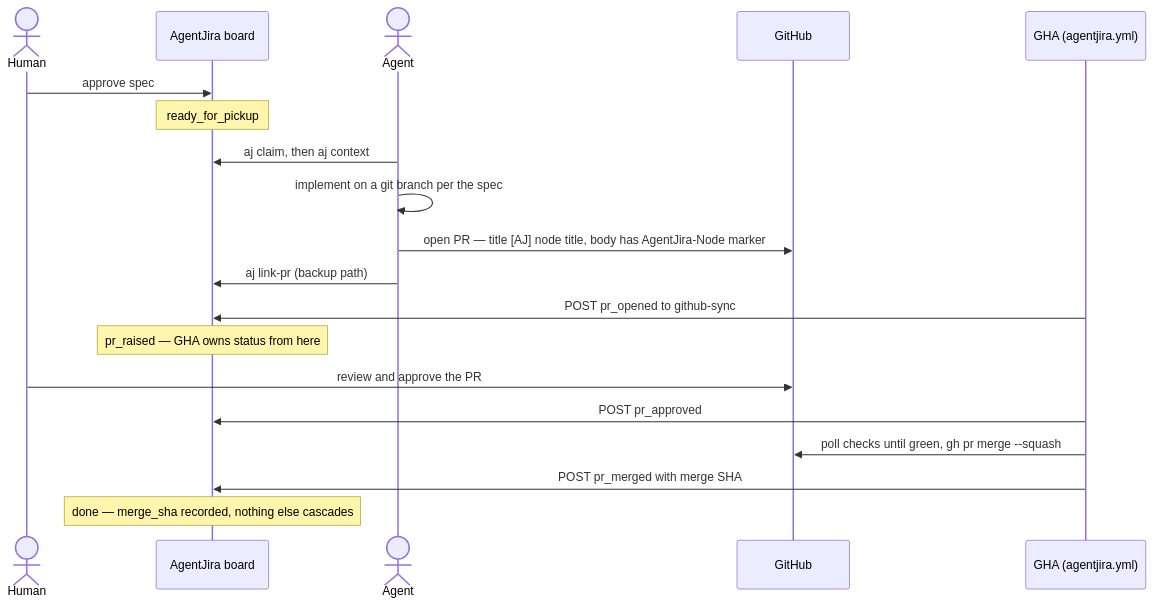
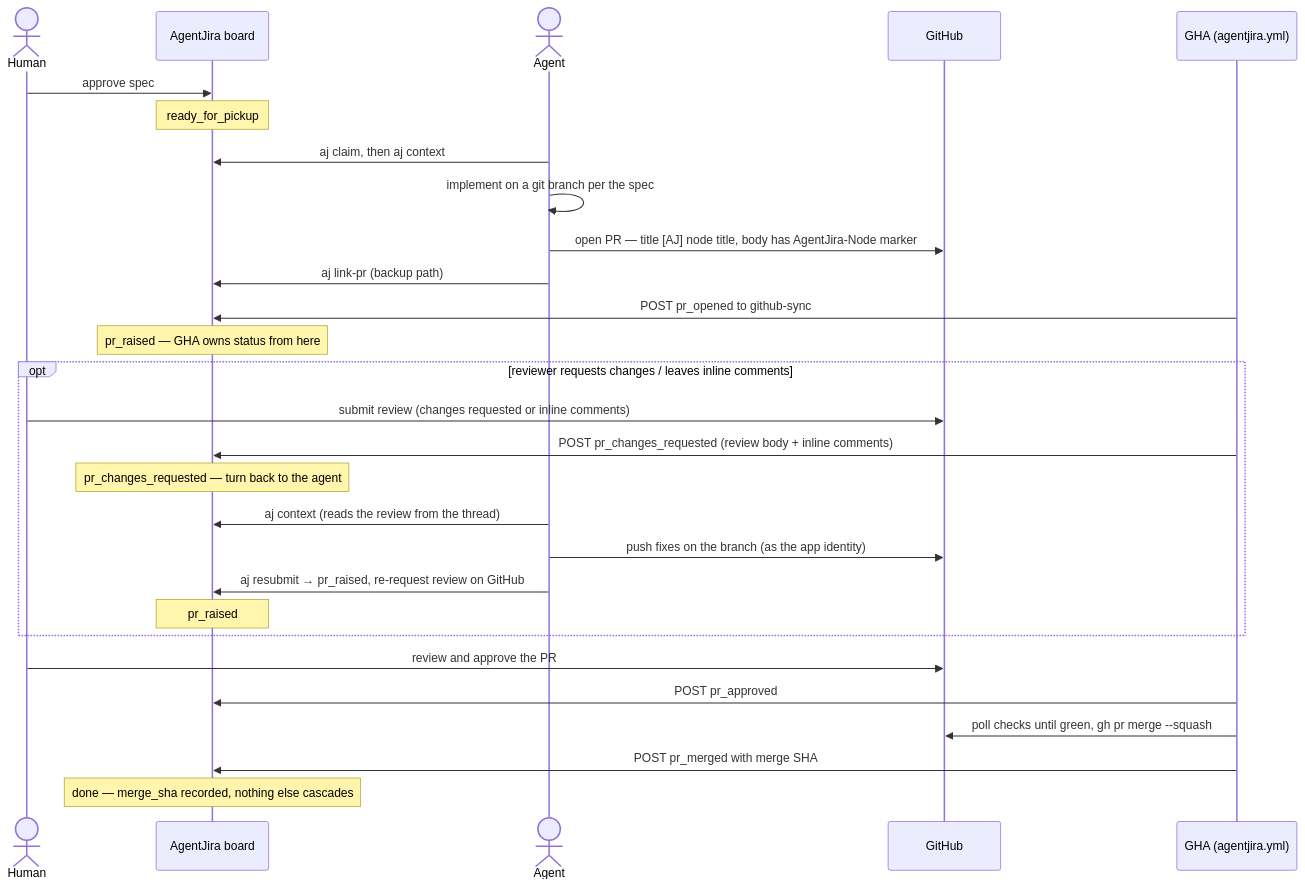
One commit to DanWilkins2107/AgentJira changed the third of 4 diagrams in docs/workflow.md. Above: the diagram before and after it, drawn with Mermaid. The commit also changed other lines of this file and 14 other files, not shown here.

First line of the commit message:
feat: add pr_changes_requested status and resubmit flow

````diff
--- a/docs/workflow.md
+++ b/docs/workflow.md
@@ -83,22 +86,31 @@
 ```mermaid
 sequenceDiagram
     actor Human
     participant Board as AgentJira board
     actor Agent
     participant GitHub
     participant GHA as GHA (agentjira.yml)
 
     Human->>Board: approve spec
     Note over Board: ready_for_pickup
     Agent->>Board: aj claim, then aj context
     Agent->>Agent: implement on a git branch per the spec
     Agent->>GitHub: open PR — title [AJ] node title, body has AgentJira-Node marker
     Agent->>Board: aj link-pr (backup path)
     GHA->>Board: POST pr_opened to github-sync
     Note over Board: pr_raised — GHA owns status from here
+    opt reviewer requests changes / leaves inline comments
+        Human->>GitHub: submit review (changes requested or inline comments)
+        GHA->>Board: POST pr_changes_requested (review body + inline comments)
+        Note over Board: pr_changes_requested — turn back to the agent
+        Agent->>Board: aj context (reads the review from the thread)
+        Agent->>GitHub: push fixes on the branch (as the app identity)
+        Agent->>Board: aj resubmit → pr_raised, re-request review on GitHub
+        Note over Board: pr_raised
+    end
     Human->>GitHub: review and approve the PR
     GHA->>Board: POST pr_approved
     GHA->>GitHub: poll checks until green, gh pr merge --squash
     GHA->>Board: POST pr_merged with merge SHA
     Note over Board: done — merge_sha recorded, nothing else cascades
 ```
````
